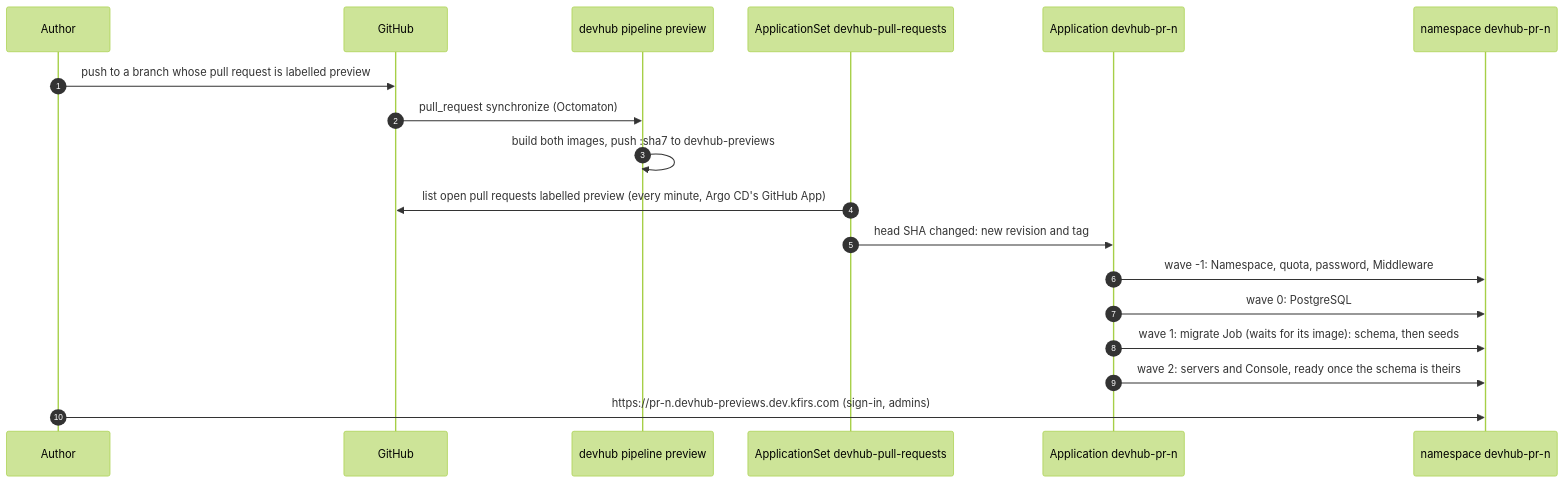
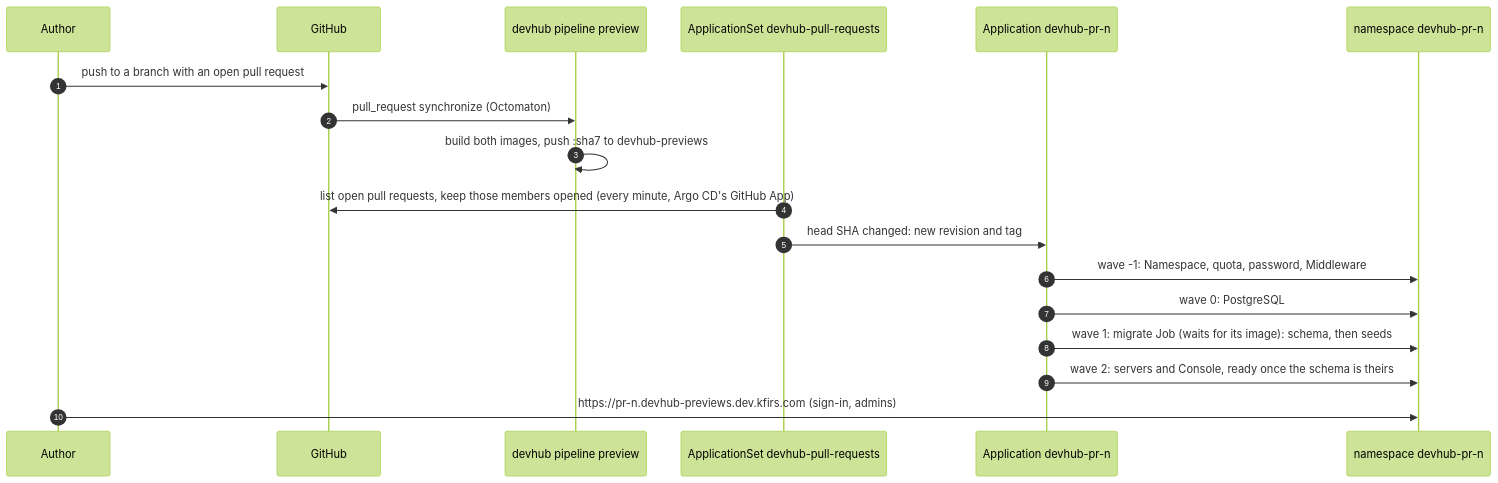
The second of 4 diagrams in docs/delivery/designs/devhub-previews.md (arikkfir-org/delivery), drawn with Mermaid (forest theme) before and after one commit. The commit also changed other lines of this file and 4 other files, not shown here.

First line of the commit message:
fix(devhub): preview members' pull requests, never a fork's

````diff
--- a/docs/delivery/designs/devhub-previews.md
+++ b/docs/delivery/designs/devhub-previews.md
@@ -37,20 +37,20 @@
 ```mermaid
 sequenceDiagram
   autonumber
   participant Dev as Author
   participant GH as GitHub
   participant P as devhub pipeline preview
   participant AS as ApplicationSet devhub-pull-requests
   participant A as Application devhub-pr-n
   participant K as namespace devhub-pr-n
-  Dev->>GH: push to a branch whose pull request is labelled preview
+  Dev->>GH: push to a branch with an open pull request
   GH->>P: pull_request synchronize (Octomaton)
   P->>P: build both images, push :sha7 to devhub-previews
-  AS->>GH: list open pull requests labelled preview (every minute, Argo CD's GitHub App)
+  AS->>GH: list open pull requests, keep those members opened (every minute, Argo CD's GitHub App)
   AS->>A: head SHA changed: new revision and tag
   A->>K: wave -1: Namespace, quota, password, Middleware
   A->>K: wave 0: PostgreSQL
   A->>K: wave 1: migrate Job (waits for its image): schema, then seeds
   A->>K: wave 2: servers and Console, ready once the schema is theirs
   Dev->>K: https://pr-n.devhub-previews.dev.kfirs.com (sign-in, admins)
 ```
````
